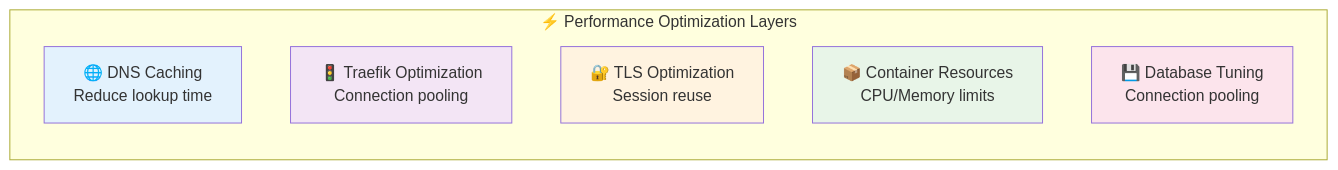
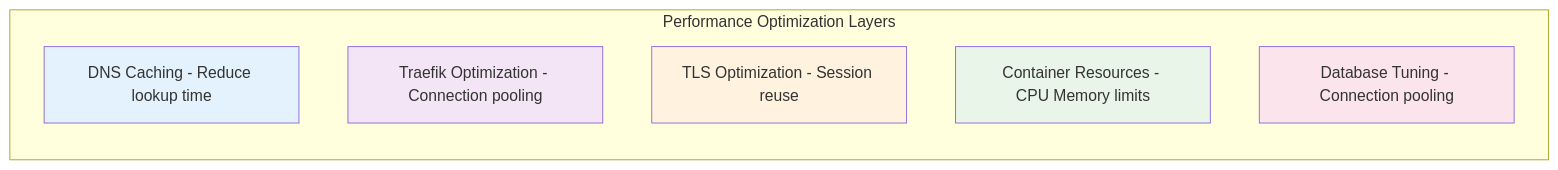
Before and after one commit to gsinghjay/mvp_qr_gen: diagram 15 of 18 in NETWORK_INFRASTRUCTURE.md, drawn with Mermaid. The commit also changed other lines of this file, not shown here.

Commit message:
docs: update network guide to reflect simplified Traefik config

````diff
--- a/NETWORK_INFRASTRUCTURE.md
+++ b/NETWORK_INFRASTRUCTURE.md
@@ -705,16 +702,16 @@
 ```mermaid
 graph LR
-    subgraph "⚡ Performance Optimization Layers"
-        A[🌐 DNS Caching<br/>Reduce lookup time]
-        B[🚦 Traefik Optimization<br/>Connection pooling]
-        C[🔐 TLS Optimization<br/>Session reuse]
-        D[📦 Container Resources<br/>CPU/Memory limits]
-        E[💾 Database Tuning<br/>Connection pooling]
+    subgraph "Performance Optimization Layers"
+        A[DNS Caching - Reduce lookup time]
+        B[Traefik Optimization - Connection pooling]
+        C[TLS Optimization - Session reuse]
+        D[Container Resources - CPU Memory limits]
+        E[Database Tuning - Connection pooling]
     end
     
     style A fill:#e3f2fd
     style B fill:#f3e5f5
     style C fill:#fff3e0
     style D fill:#e8f5e8
     style E fill:#fce4ec
 ```
````
